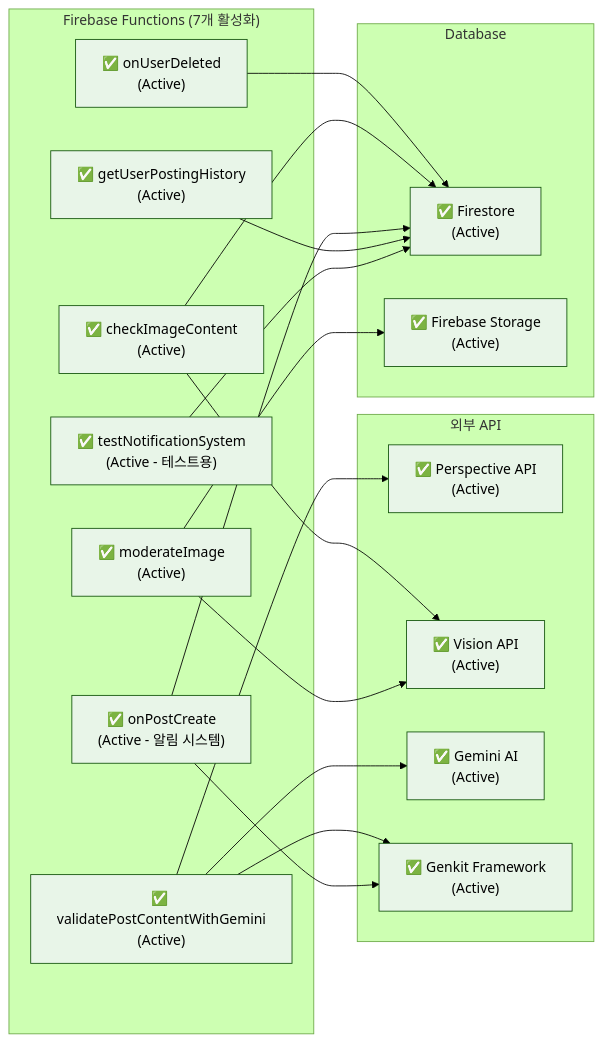
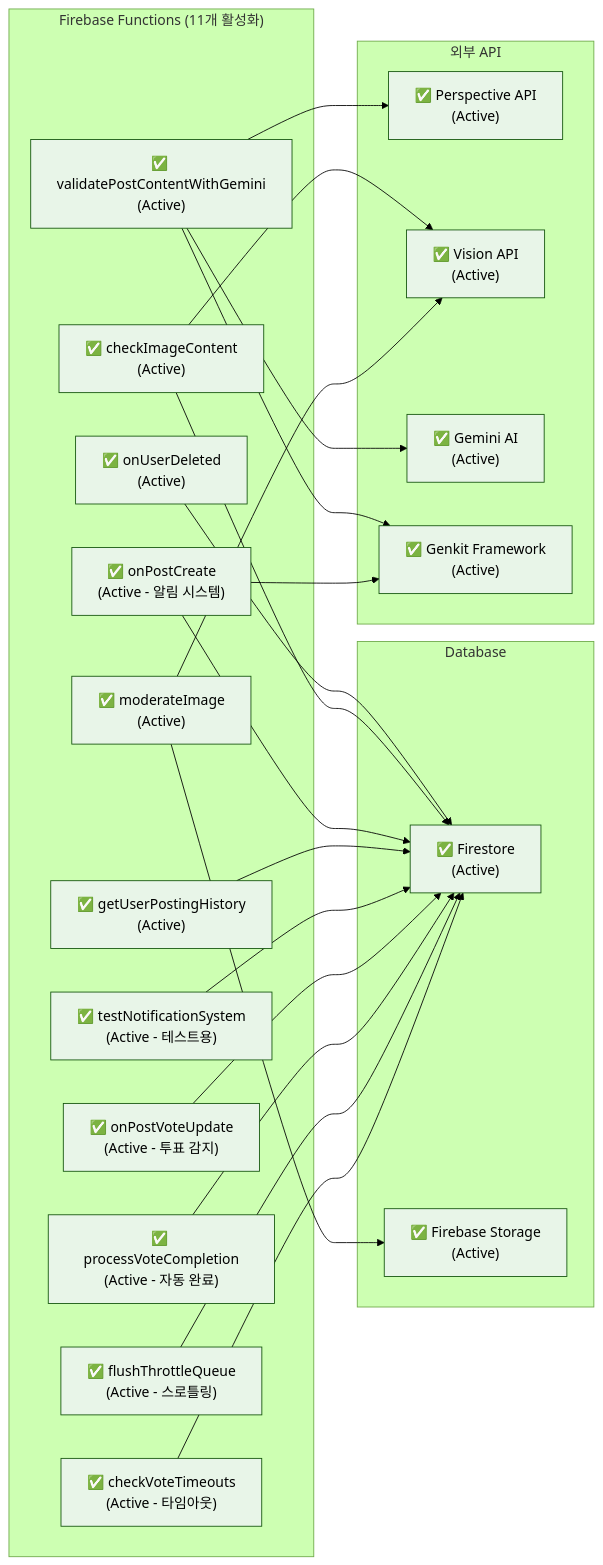
The fifth of 13 diagrams in 백엔드다이어그램.md (gblack84/versus-cursor), drawn with Mermaid (forest theme) before and after one commit. The commit also changed other lines of this file and 13 other files, not shown here.

````diff
--- a/백엔드다이어그램.md
+++ b/백엔드다이어그램.md
@@ -269,51 +269,63 @@
 ```mermaid
 graph LR
-    subgraph "Firebase Functions (7개 활성화)"
+    subgraph "Firebase Functions (11개 활성화)"
         A["✅ onUserDeleted<br/>(Active)"]
         B["✅ checkImageContent<br/>(Active)"]
         C["✅ moderateImage<br/>(Active)"]
         D["✅ validatePostContentWithGemini<br/>(Active)"]
         E["✅ onPostCreate<br/>(Active - 알림 시스템)"]
         N["✅ getUserPostingHistory<br/>(Active)"]
         O["✅ testNotificationSystem<br/>(Active - 테스트용)"]
+        P["✅ onPostVoteUpdate<br/>(Active - 투표 감지)"]
+        Q["✅ processVoteCompletion<br/>(Active - 자동 완료)"]
+        R["✅ flushThrottleQueue<br/>(Active - 스로틀링)"]
+        S["✅ checkVoteTimeouts<br/>(Active - 타임아웃)"]
     end
     
     subgraph "외부 API"
         F["✅ Perspective API<br/>(Active)"]
         G["✅ Vision API<br/>(Active)"]
         H["✅ Gemini AI<br/>(Active)"]
         I["✅ Genkit Framework<br/>(Active)"]
     end
     
     subgraph "Database"
         J["✅ Firestore<br/>(Active)"]
         K["✅ Firebase Storage<br/>(Active)"]
     end
     
     A --> J
     B --> G
     B --> J
     C --> G
     C --> K
     D --> H
     D --> I
     D --> F
     E --> I
     E --> J
     N --> J
     O --> J
+    P --> J
+    Q --> J
+    R --> J
+    S --> J
     
     style A fill:#e8f5e8
     style B fill:#e8f5e8
     style C fill:#e8f5e8
     style D fill:#e8f5e8
     style E fill:#e8f5e8
     style N fill:#e8f5e8
     style O fill:#e8f5e8
+    style P fill:#e8f5e8
+    style Q fill:#e8f5e8
+    style R fill:#e8f5e8
+    style S fill:#e8f5e8
     style F fill:#e8f5e8
     style G fill:#e8f5e8
     style H fill:#e8f5e8
     style I fill:#e8f5e8
     style J fill:#e8f5e8
     style K fill:#e8f5e8
 ```
````
